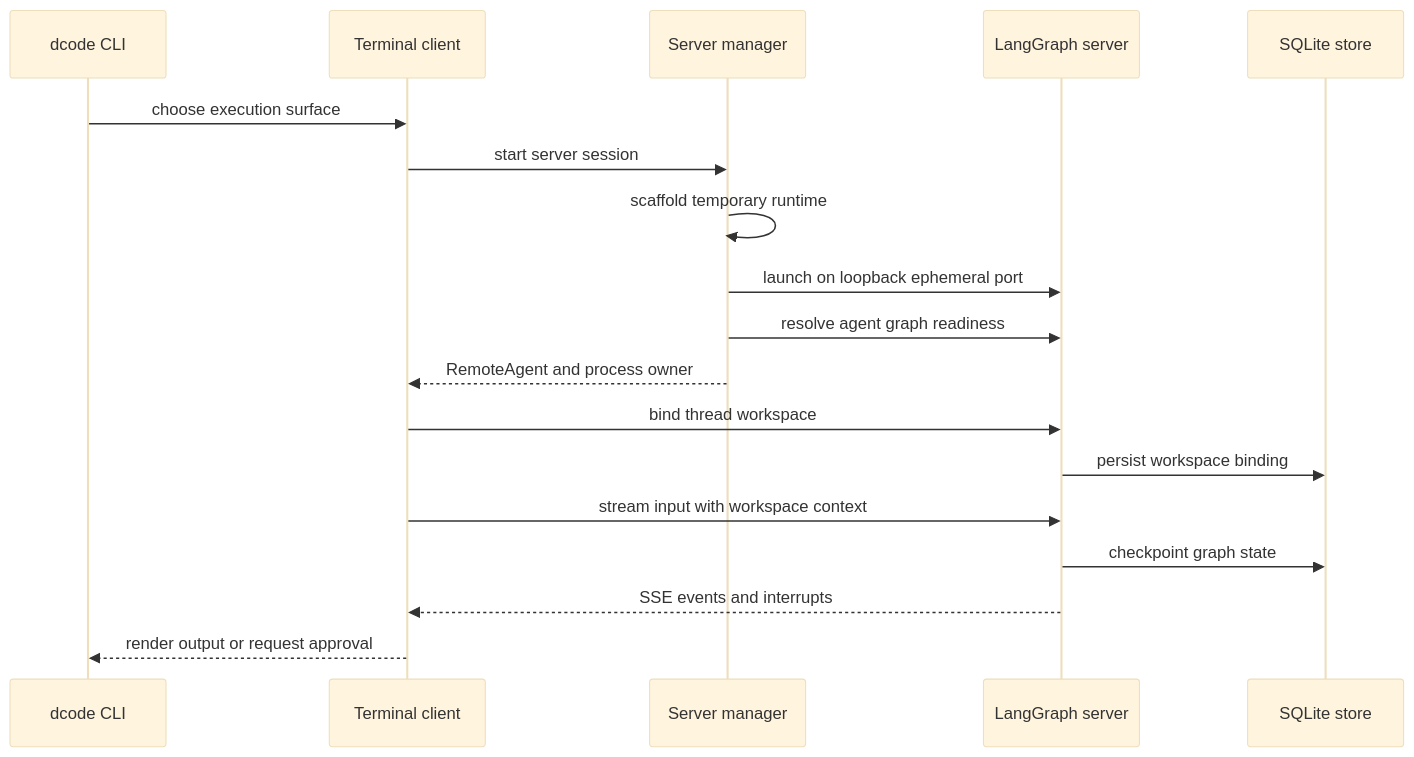
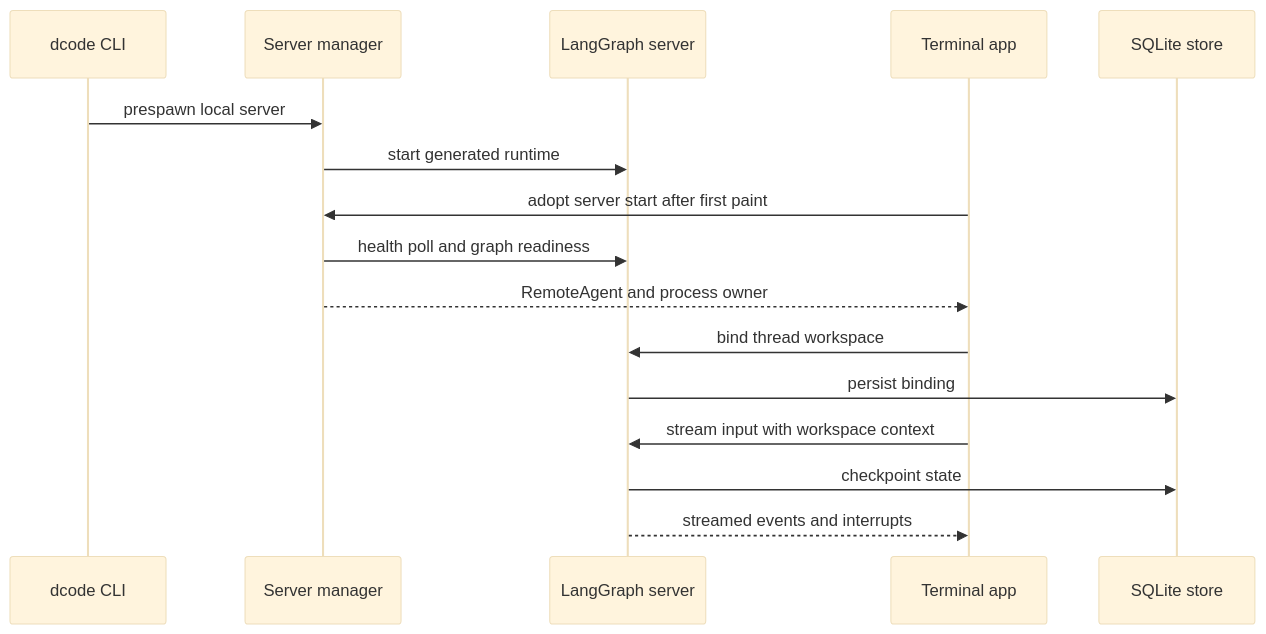
One commit to langchain-ai/deepagents changed the first of 3 diagrams in openwiki/architecture/code-agent.md. Above: the diagram before and after it, drawn with Mermaid (base theme). The commit also changed other lines of this file and 33 other files, not shown here.

````diff
--- a/openwiki/architecture/code-agent.md
+++ b/openwiki/architecture/code-agent.md
@@ -58,20 +72,18 @@
 ```mermaid
 sequenceDiagram
     participant CLI as dcode CLI
-    participant Client as Terminal client
-    participant Launcher as Server manager
+    participant Launch as Server manager
     participant Server as LangGraph server
+    participant App as Terminal app
     participant Store as SQLite store
-    CLI->>Client: choose execution surface
-    Client->>Launcher: start server session
-    Launcher->>Launcher: scaffold temporary runtime
-    Launcher->>Server: launch on loopback ephemeral port
-    Launcher->>Server: resolve agent graph readiness
-    Launcher-->>Client: RemoteAgent and process owner
-    Client->>Server: bind thread workspace
-    Server->>Store: persist workspace binding
-    Client->>Server: stream input with workspace context
-    Server->>Store: checkpoint graph state
-    Server-->>Client: SSE events and interrupts
-    Client-->>CLI: render output or request approval
+    CLI->>Launch: prespawn local server
+    Launch->>Server: start generated runtime
+    App->>Launch: adopt server start after first paint
+    Launch->>Server: health poll and graph readiness
+    Launch-->>App: RemoteAgent and process owner
+    App->>Server: bind thread workspace
+    Server->>Store: persist binding
+    App->>Server: stream input with workspace context
+    Server->>Store: checkpoint state
+    Server-->>App: streamed events and interrupts
 ```
````
